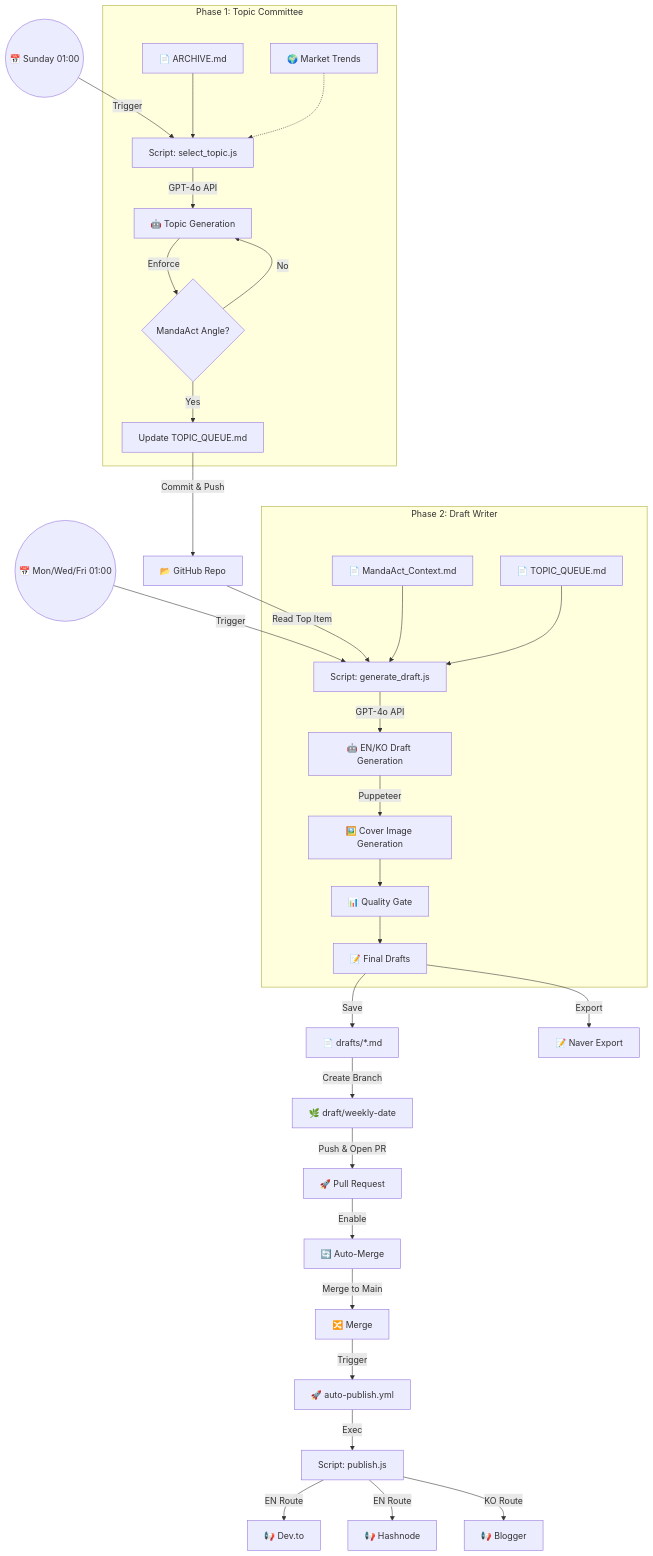
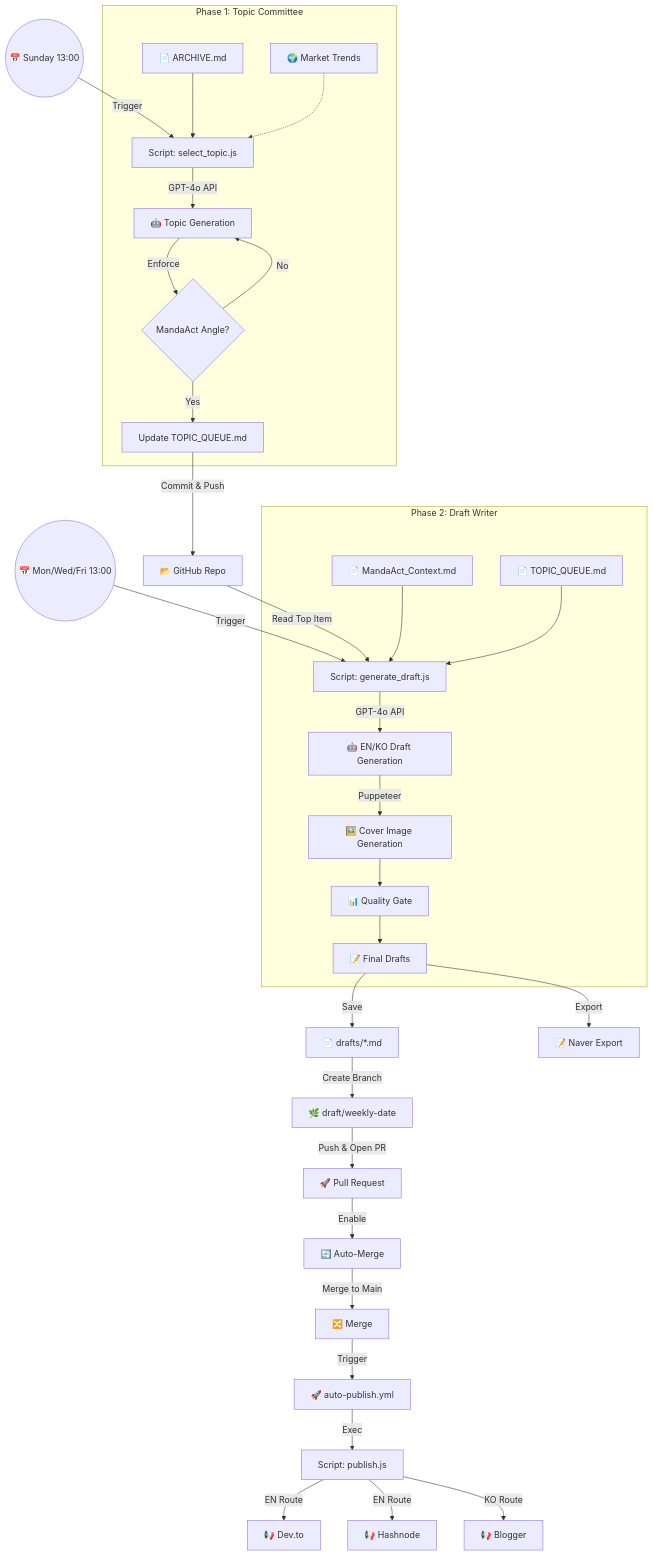
Before and after one commit to hevi35-coder/content-publisher: the diagram in AUTOMATION_FLOW.md, drawn with Mermaid. The commit also changed other lines of this file and 10 other files, not shown here.

````diff
--- a/AUTOMATION_FLOW.md
+++ b/AUTOMATION_FLOW.md
@@ -5,47 +5,47 @@
 ```mermaid
 graph TD
     %% Schedules (KST)
-    Sunday((📅 Sunday 01:00)) -->|Trigger| TopicCommittee
-    MWF((📅 Mon/Wed/Fri 01:00)) -->|Trigger| DraftWriter
+    Sunday((📅 Sunday 13:00)) -->|Trigger| TopicCommittee
+    MWF((📅 Mon/Wed/Fri 13:00)) -->|Trigger| DraftWriter
 
     %% Phase 1: Topic Selection
     subgraph "Phase 1: Topic Committee"
         TopicCommittee[Script: select_topic.js]
         Archive[📄 ARCHIVE.md] --> TopicCommittee
         Trends[🌍 Market Trends] -.-> TopicCommittee
         TopicCommittee -->|GPT-4o API| AI_Topic[🤖 Topic Generation]
         AI_Topic -->|Enforce| MandaActAngle{MandaAct Angle?}
         MandaActAngle -- Yes --> QueueUpd[Update TOPIC_QUEUE.md]
         MandaActAngle -- No --> AI_Topic
     end
 
     %% Connection
     QueueUpd -->|Commit & Push| Repo[📂 GitHub Repo]
     Repo -->|Read Top Item| DraftWriter
 
     %% Phase 2: Draft Generation
     subgraph "Phase 2: Draft Writer"
         DraftWriter[Script: generate_draft.js]
         Context[📄 MandaAct_Context.md] --> DraftWriter
         Queue[📄 TOPIC_QUEUE.md] --> DraftWriter
         DraftWriter -->|GPT-4o API| AI_Draft[🤖 EN/KO Draft Generation]
         AI_Draft -->|Puppeteer| CoverGen[🖼️ Cover Image Generation]
         CoverGen --> QualityGate[📊 Quality Gate]
         QualityGate --> FinalDraft[📝 Final Drafts]
     end
 
     %% Phase 3: Delivery + Auto-Merge
     FinalDraft -->|Save| DraftFile[📄 drafts/*.md]
     DraftFile -->|Create Branch| Branch[🌿 draft/weekly-date]
     Branch -->|Push & Open PR| PR[🚀 Pull Request]
     PR -->|Enable| AutoMerge[🔄 Auto-Merge]
 
     %% Phase 4: Publish
     AutoMerge -->|Merge to Main| Merge[🔀 Merge]
     Merge -->|Trigger| AutoPublish[🚀 auto-publish.yml]
     AutoPublish -->|Exec| PublishScript[Script: publish.js]
     PublishScript -->|EN Route| DevTo[📢 Dev.to]
     PublishScript -->|EN Route| Hashnode[📢 Hashnode]
     PublishScript -->|KO Route| Blogger[📢 Blogger]
     FinalDraft -->|Export| Naver[📝 Naver Export]
 ```
````
